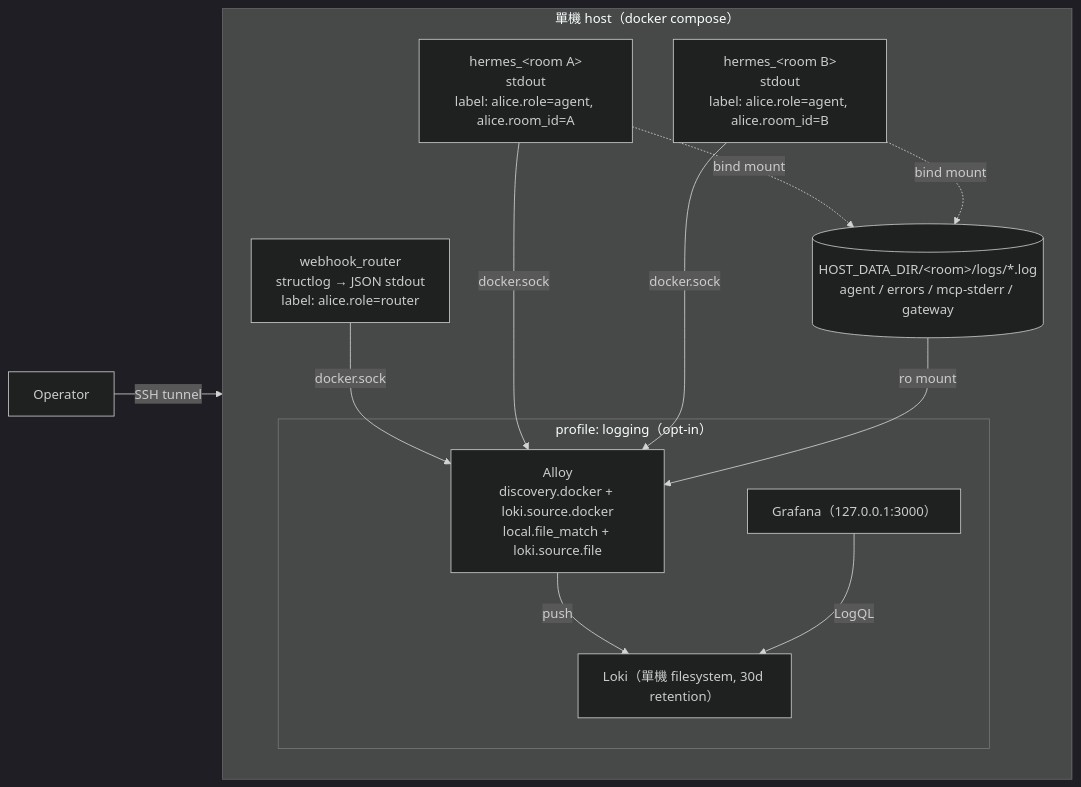
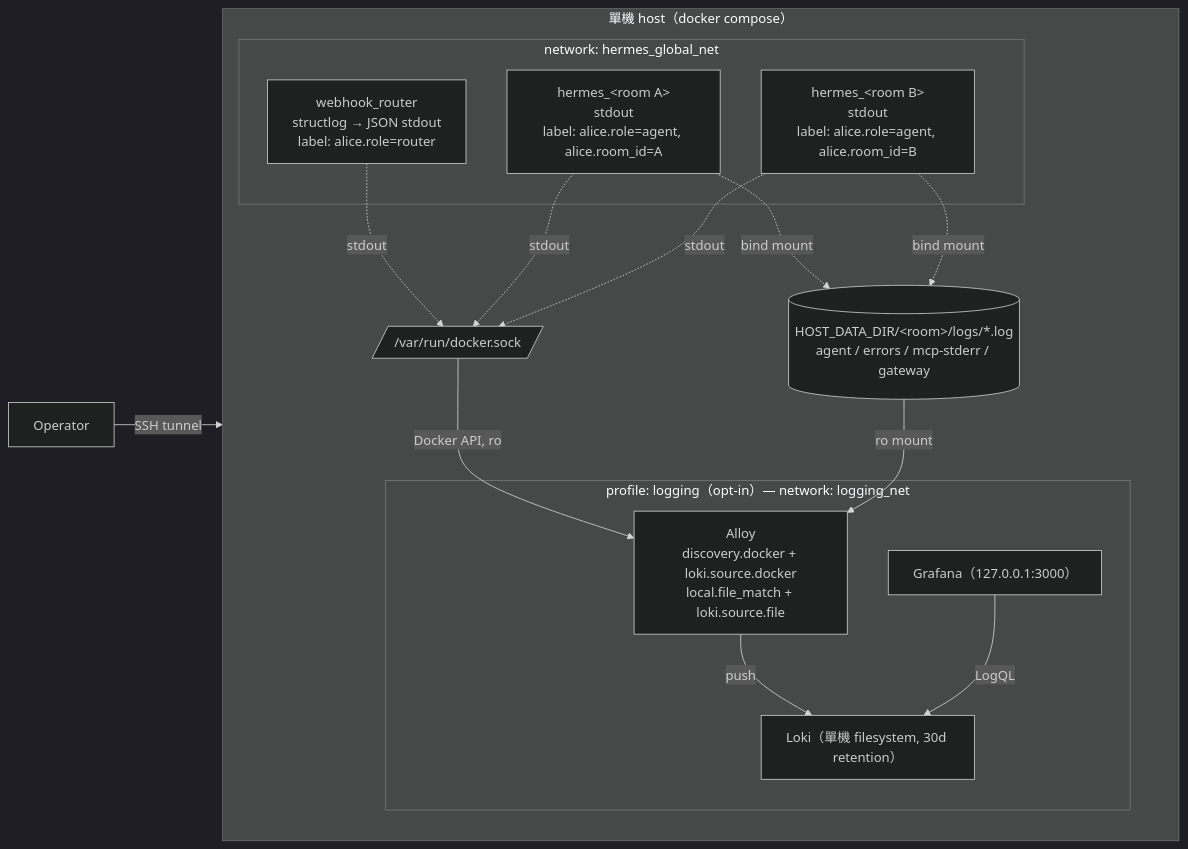
Before and after one commit to marychouchou/alice-office: the diagram in docs/logging-design.md, drawn with Mermaid (dark theme). The commit also changed other lines of this file and 8 other files, not shown here.

````diff
--- a/docs/logging-design.md
+++ b/docs/logging-design.md
@@ -88,25 +88,29 @@
 ```mermaid
 flowchart LR
     subgraph host["單機 host（docker compose）"]
         direction TB
-        router["webhook_router<br/>structlog → JSON stdout<br/>label: alice.role=router"]
-        h1["hermes_&lt;room A&gt;<br/>stdout<br/>label: alice.role=agent, alice.room_id=A"]
-        h2["hermes_&lt;room B&gt;<br/>stdout<br/>label: alice.role=agent, alice.room_id=B"]
+        subgraph roomnet["network: hermes_global_net"]
+            router["webhook_router<br/>structlog → JSON stdout<br/>label: alice.role=router"]
+            h1["hermes_&lt;room A&gt;<br/>stdout<br/>label: alice.role=agent, alice.room_id=A"]
+            h2["hermes_&lt;room B&gt;<br/>stdout<br/>label: alice.role=agent, alice.room_id=B"]
+        end
         files[("HOST_DATA_DIR/&lt;room&gt;/logs/*.log<br/>agent / errors / mcp-stderr / gateway")]
+        sock[/"/var/run/docker.sock"/]
         h1 -. bind mount .-> files
         h2 -. bind mount .-> files
+        router -. stdout .-> sock
+        h1 -. stdout .-> sock
+        h2 -. stdout .-> sock
 
-        subgraph logging["profile: logging（opt-in）"]
+        subgraph logging["profile: logging（opt-in）— network: logging_net"]
             alloy["Alloy<br/>discovery.docker + loki.source.docker<br/>local.file_match + loki.source.file"]
             loki["Loki（單機 filesystem, 30d retention）"]
             grafana["Grafana（127.0.0.1:3000）"]
         end
-        router -- docker.sock --> alloy
-        h1 -- docker.sock --> alloy
-        h2 -- docker.sock --> alloy
+        sock -- Docker API, ro --> alloy
         files -- ro mount --> alloy
         alloy -- push --> loki
         grafana -- LogQL --> loki
     end
     op["Operator"] -- SSH tunnel --> grafana
 ```
````
